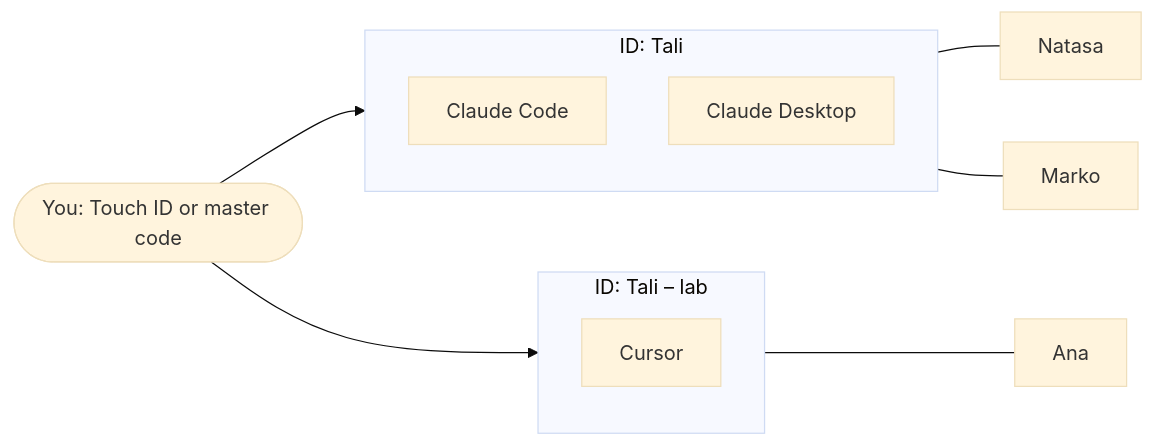
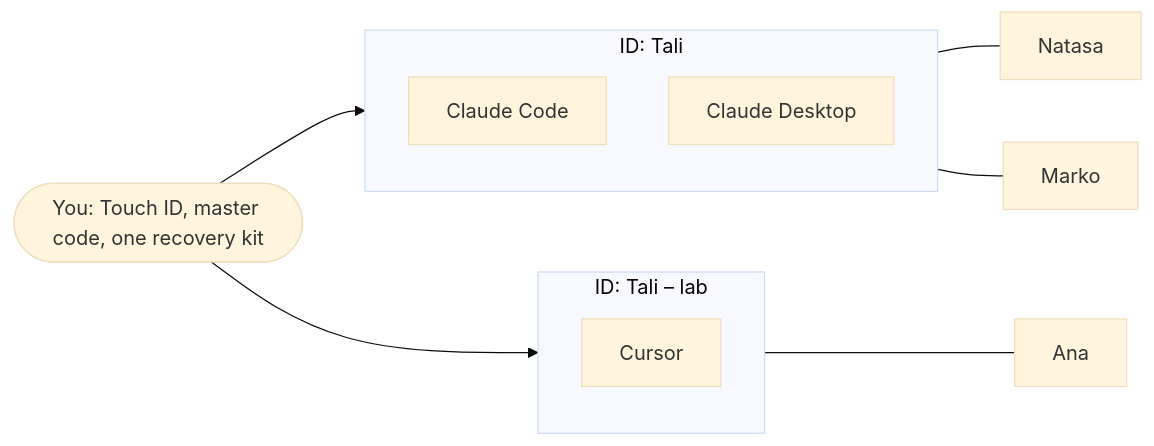
The diagram in docs-site/guide/your-ids-and-your-people.md (4thtech/agentlink), drawn with Mermaid (base theme) before and after one commit. The commit also changed other lines of this file and 47 other files, not shown here.

Commit message:
DOCS-050: docs for 0.5.0 (redesign, one recovery kit, restore in the app); cloud agent planned as 0.6.0; RB-21 owner builds on the e2e harness; wiki PR verifier

````diff
--- a/docs-site/guide/your-ids-and-your-people.md
+++ b/docs-site/guide/your-ids-and-your-people.md
@@ -19,16 +19,16 @@
 ```mermaid
 flowchart LR
-  You(["You: Touch ID or master code"])
+  You(["You: Touch ID, master code, one recovery kit"])
   subgraph ID1["ID: Tali"]
     CC["Claude Code"]
     CD["Claude Desktop"]
   end
   subgraph ID2["ID: Tali – lab"]
     CU["Cursor"]
   end
   You --> ID1
   You --> ID2
   ID1 --- N["Natasa"]
   ID1 --- M["Marko"]
   ID2 --- A["Ana"]
 ```
````
